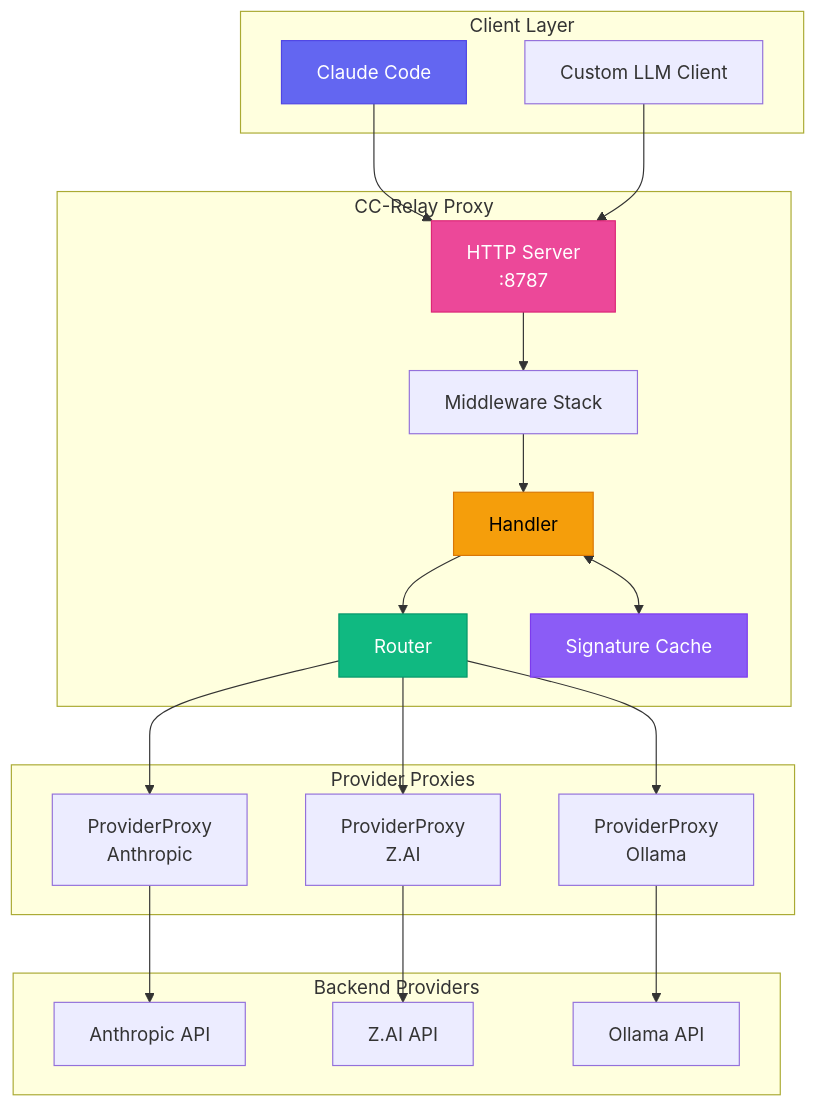
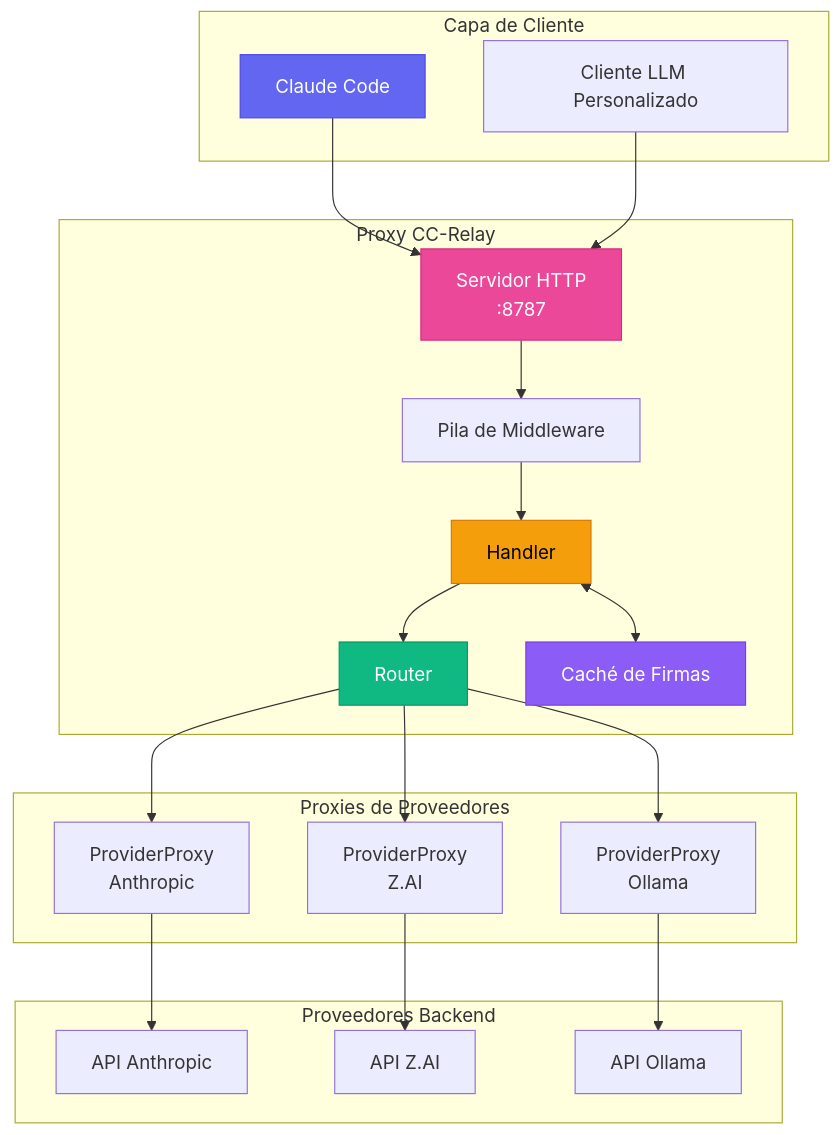
Before and after one commit to omarluq/cc-relay: the first of 5 diagrams in docs-site/content/es/docs/architecture.md, drawn with Mermaid. The commit also changed other lines of this file and 4 other files, not shown here.

First line of the commit message:
docs: translate architecture.md to all supported languages

````diff
--- a/docs-site/content/es/docs/architecture.md
+++ b/docs-site/content/es/docs/architecture.md
@@ -10,46 +10,46 @@
 ```mermaid
 graph TB
-    subgraph "Client Layer"
+    subgraph "Capa de Cliente"
         A[Claude Code]
-        B[Custom LLM Client]
+        B[Cliente LLM Personalizado]
     end
 
-    subgraph "CC-Relay Proxy"
-        D[HTTP Server<br/>:8787]
-        E[Middleware Stack]
+    subgraph "Proxy CC-Relay"
+        D[Servidor HTTP<br/>:8787]
+        E[Pila de Middleware]
         F[Handler]
         G[Router]
-        H[Signature Cache]
+        H[Caché de Firmas]
     end
 
-    subgraph "Provider Proxies"
+    subgraph "Proxies de Proveedores"
         I[ProviderProxy<br/>Anthropic]
         J[ProviderProxy<br/>Z.AI]
         K[ProviderProxy<br/>Ollama]
     end
 
-    subgraph "Backend Providers"
-        L[Anthropic API]
-        M[Z.AI API]
-        N[Ollama API]
+    subgraph "Proveedores Backend"
+        L[API Anthropic]
+        M[API Z.AI]
+        N[API Ollama]
     end
 
     A --> D
     B --> D
     D --> E
     E --> F
     F --> G
     F <--> H
     G --> I
     G --> J
     G --> K
     I --> L
     J --> M
     K --> N
 
     style A fill:#6366f1,stroke:#4f46e5,color:#fff
     style D fill:#ec4899,stroke:#db2777,color:#fff
     style F fill:#f59e0b,stroke:#d97706,color:#000
     style G fill:#10b981,stroke:#059669,color:#fff
     style H fill:#8b5cf6,stroke:#7c3aed,color:#fff
 ```
````
